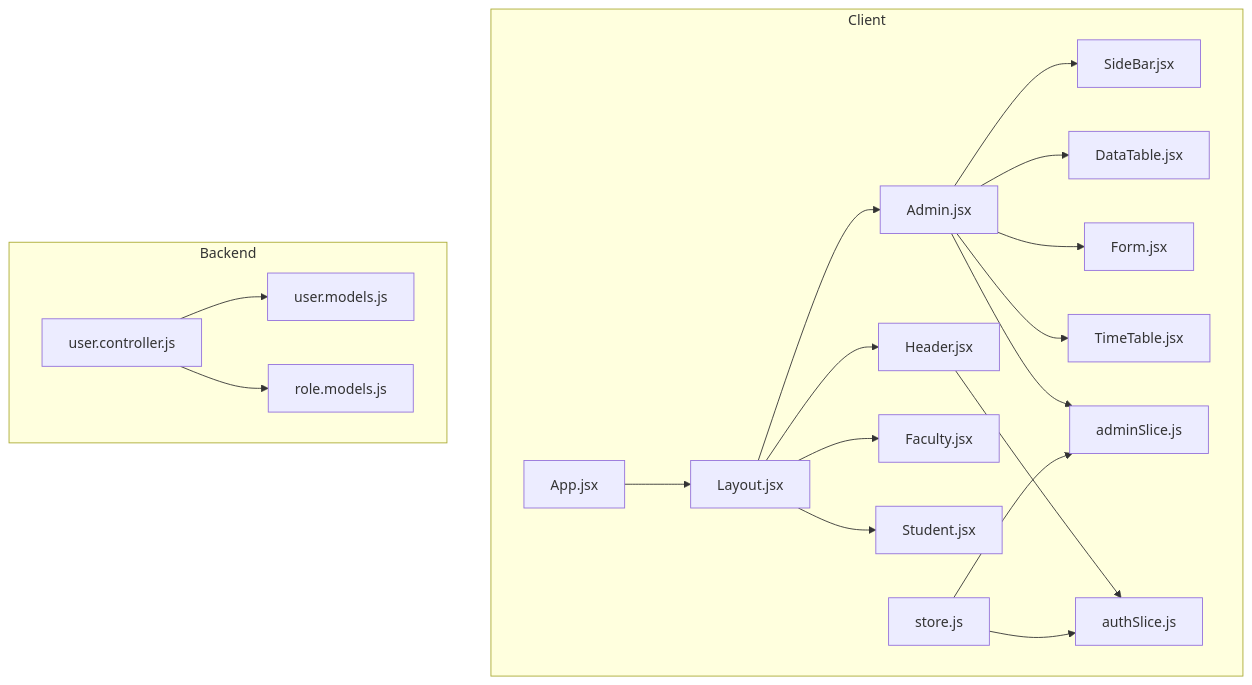
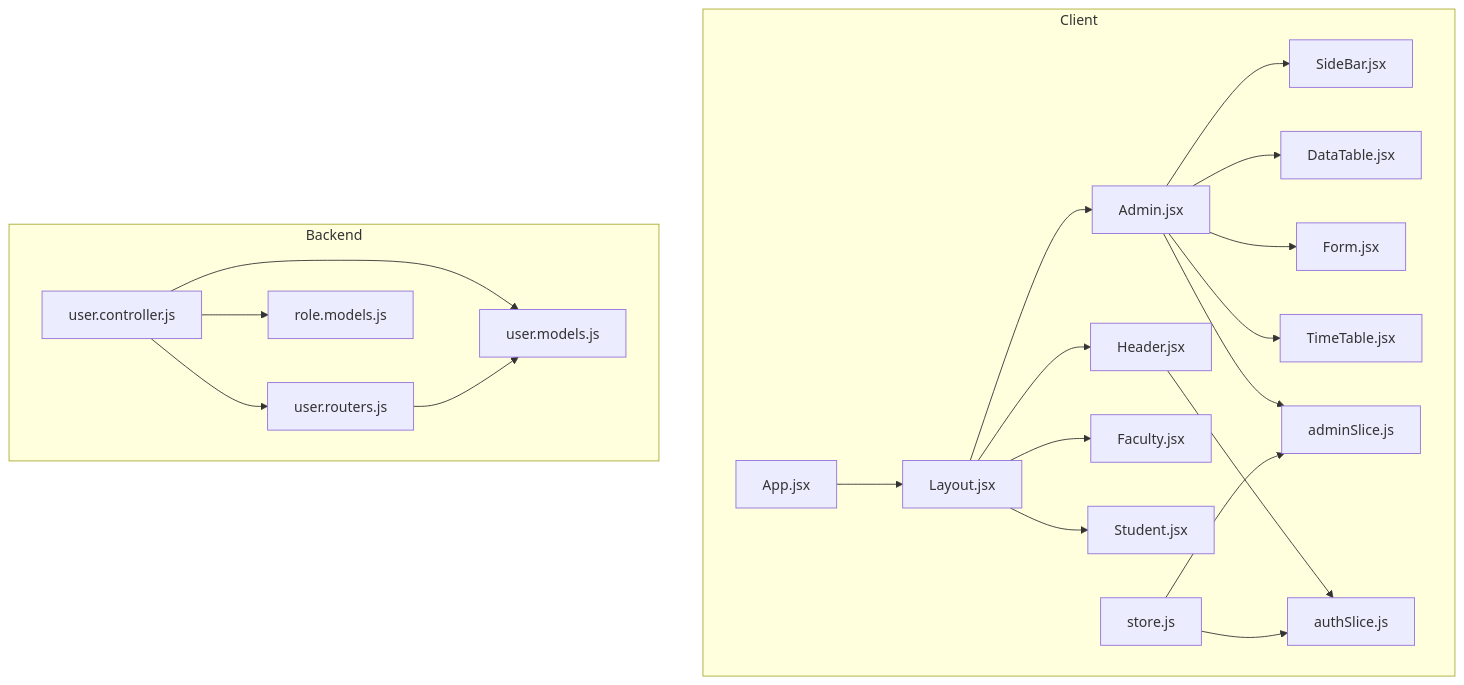
The first of 5 diagrams in .qoder/repowiki/en/content/Master Data Management/Role-Based Dashboards.md (Aryan9060/Timetable-Project), drawn with Mermaid before and after one commit. The commit also changed other lines of this file and 8 other files, not shown here.

````diff
--- a/.qoder/repowiki/en/content/Master Data Management/Role-Based Dashboards.md
+++ b/.qoder/repowiki/en/content/Master Data Management/Role-Based Dashboards.md
@@ -42,38 +52,41 @@
 ```mermaid
 graph TB
 subgraph "Client"
 APP["App.jsx"]
 LYT["Layout.jsx"]
 HDR["Header.jsx"]
 ADM["Admin.jsx"]
 FAC["Faculty.jsx"]
 STD["Student.jsx"]
 SB["SideBar.jsx"]
 DT["DataTable.jsx"]
 FM["Form.jsx"]
 TT["TimeTable.jsx"]
 AST["authSlice.js"]
 ASL["adminSlice.js"]
 ST["store.js"]
 end
 subgraph "Backend"
 UC["user.controller.js"]
 UM["user.models.js"]
+UR["user.routers.js"]
 RM["role.models.js"]
 end
 APP --> LYT
 LYT --> HDR
 LYT --> ADM
 LYT --> FAC
 LYT --> STD
 ADM --> SB
 ADM --> DT
 ADM --> FM
 ADM --> TT
 ADM --> ASL
 HDR --> AST
 ST --> AST
 ST --> ASL
 UC --> UM
+UC --> UR
+UR --> UM
 UC --> RM
 ```
````
